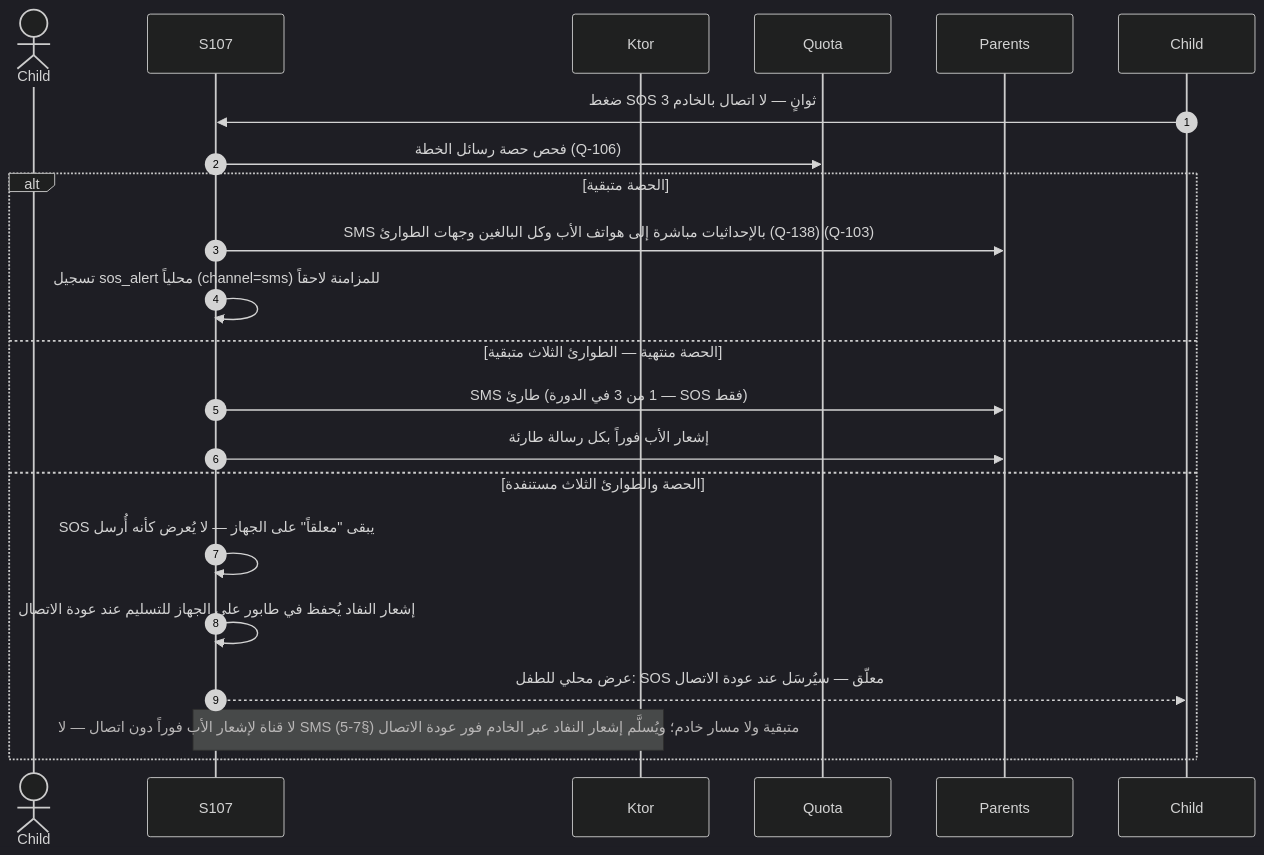
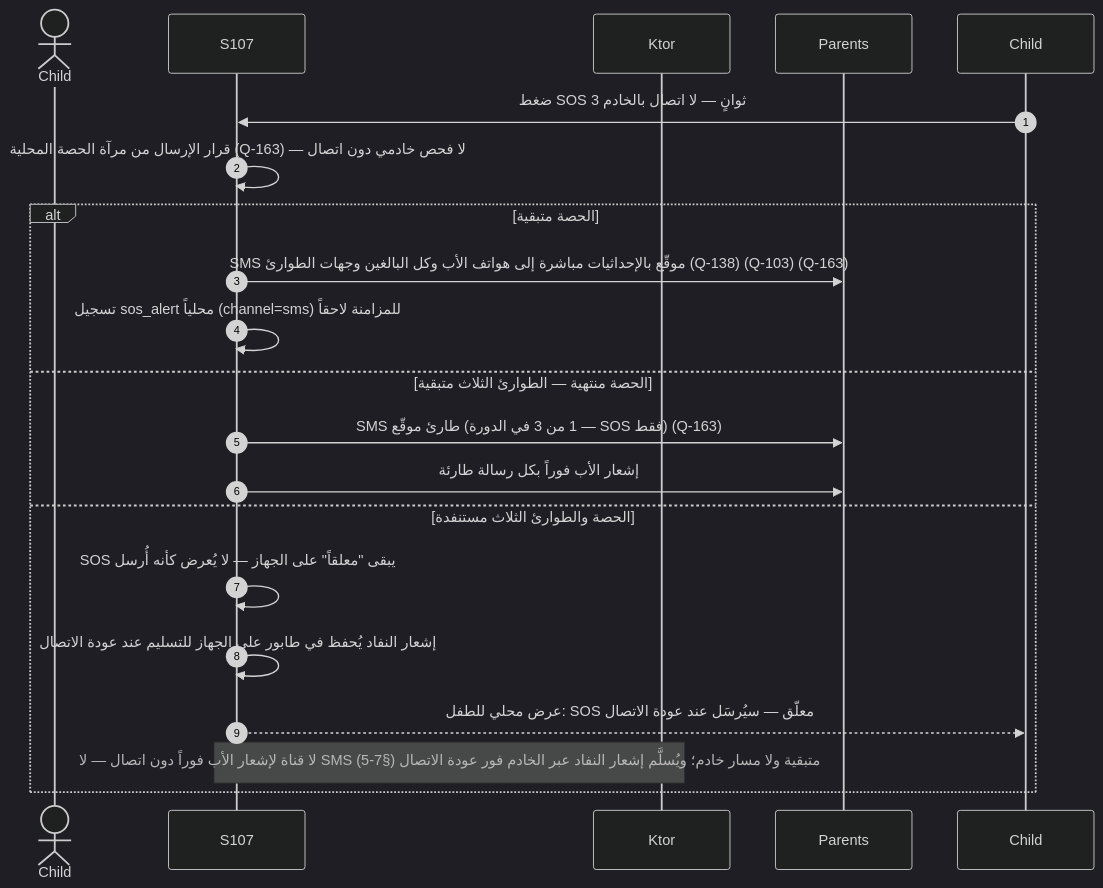
One commit to Bassam-mohammed-alqaeadi/family-os-v2 changed the sixth of 12 diagrams in docs/family-os/governance/phases/phase-1/S1-07-location-basic/DIAGRAMS.md. Above: the diagram before and after it, drawn with Mermaid (dark theme). The commit also changed other lines of this file and 5 other files, not shown here.

Commit message:
Q-163: إعادة حكم Q-106 (إبقاء 3 رسائل SOS طارئة كخطر مقبول) + إغلاق ثغرات AUD-005 (مرآة حصة محلية، توقيع SMS، تصعيد 5 دقائق، Idempotency-Key)

````diff
--- a/docs/family-os/governance/phases/phase-1/S1-07-location-basic/DIAGRAMS.md
+++ b/docs/family-os/governance/phases/phase-1/S1-07-location-basic/DIAGRAMS.md
@@ -221,23 +221,22 @@
 ```mermaid
 sequenceDiagram
     autonumber
     actor الطفل as Child
     participant الموقع as S107
     participant الخادم as Ktor
-    participant الحصة as Quota
     participant الوالدان as Parents
     Child->>الموقع: ضغط SOS 3 ثوانٍ — لا اتصال بالخادم
-    الموقع->>الحصة: فحص حصة رسائل الخطة (Q-106)
+    الموقع->>الموقع: قرار الإرسال من مرآة الحصة المحلية (Q-163) — لا فحص خادمي دون اتصال
     alt الحصة متبقية
-        الموقع->>الوالدان: SMS بالإحداثيات مباشرة إلى هواتف الأب وكل البالغين وجهات الطوارئ (Q-138) (Q-103)
+        الموقع->>الوالدان: SMS موقّع بالإحداثيات مباشرة إلى هواتف الأب وكل البالغين وجهات الطوارئ (Q-138) (Q-103) (Q-163)
         الموقع->>الموقع: تسجيل sos_alert محلياً (channel=sms) للمزامنة لاحقاً
     else الحصة منتهية — الطوارئ الثلاث متبقية
-        الموقع->>الوالدان: SMS طارئ (1 من 3 في الدورة — SOS فقط)
+        الموقع->>الوالدان: SMS طارئ موقّع (1 من 3 في الدورة — SOS فقط) (Q-163)
         الموقع->>الوالدان: إشعار الأب فوراً بكل رسالة طارئة
     else الحصة والطوارئ الثلاث مستنفدة
         الموقع->>الموقع: SOS يبقى "معلقاً" على الجهاز — لا يُعرض كأنه أُرسل
         الموقع->>الموقع: إشعار النفاد يُحفظ في طابور على الجهاز للتسليم عند عودة الاتصال
         الموقع-->>Child: عرض محلي للطفل: SOS معلّق — سيُرسَل عند عودة الاتصال
         Note over الموقع,الخادم: لا قناة لإشعار الأب فوراً دون اتصال — لا SMS متبقية ولا مسار خادم؛ ويُسلَّم إشعار النفاد عبر الخادم فور عودة الاتصال (§7-5)
     end
 ```
````
